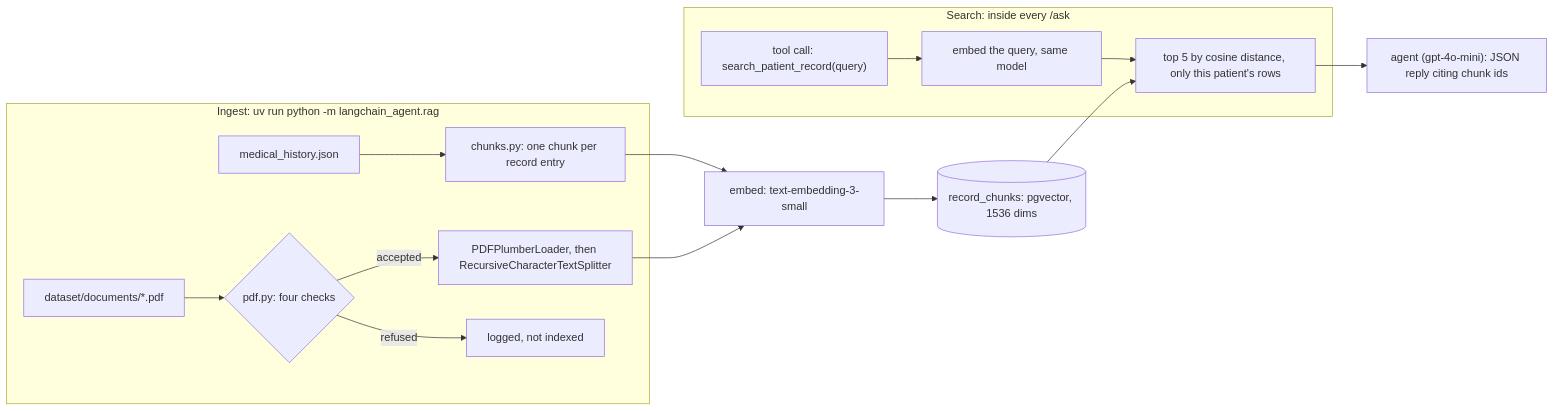
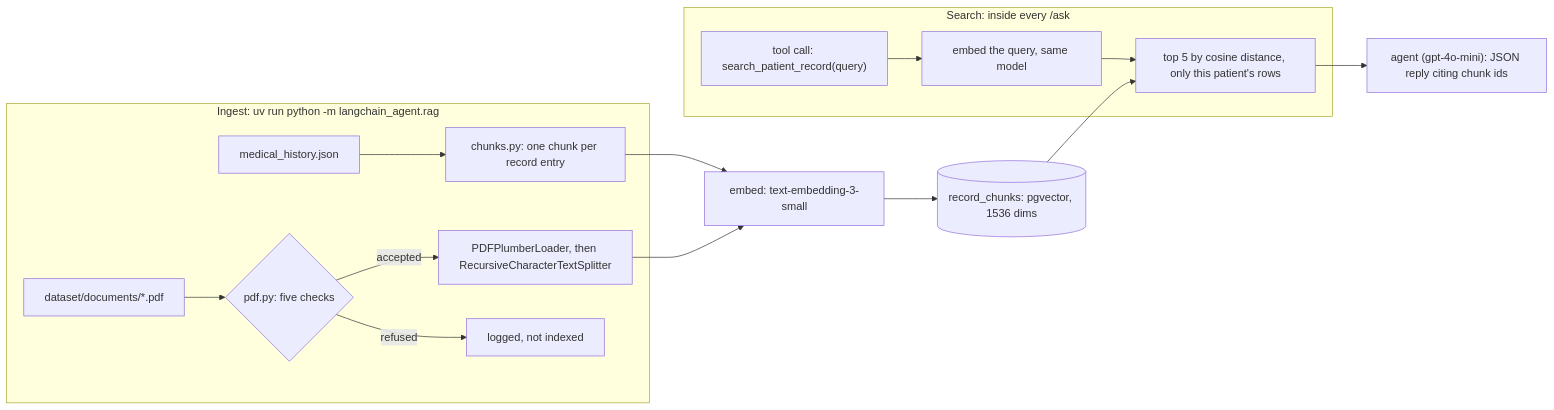
Before and after one commit to Nelev/medas: the diagram in README.md, drawn with Mermaid. The commit also changed other lines of this file and 7 other files, not shown here.

````diff
--- a/README.md
+++ b/README.md
@@ -206,18 +206,18 @@
 ```mermaid
 flowchart LR
   subgraph ingest["Ingest: uv run python -m langchain_agent.rag"]
     J["medical_history.json"] --> C["chunks.py: one chunk per record entry"]
-    P["dataset/documents/*.pdf"] --> G{"pdf.py: four checks"}
+    P["dataset/documents/*.pdf"] --> G{"pdf.py: five checks"}
     G -->|accepted| S["PDFPlumberLoader, then RecursiveCharacterTextSplitter"]
     G -->|refused| X["logged, not indexed"]
   end
   C --> E["embed: text-embedding-3-small"]
   S --> E
   E --> T[("record_chunks: pgvector, 1536 dims")]
   subgraph query["Search: inside every /ask"]
     Q["tool call: search_patient_record(query)"] --> EQ["embed the query, same model"]
     EQ --> K["top 5 by cosine distance, only this patient's rows"]
   end
   T --> K
   K --> A["agent (gpt-4o-mini): JSON reply citing chunk ids"]
 ```
````
